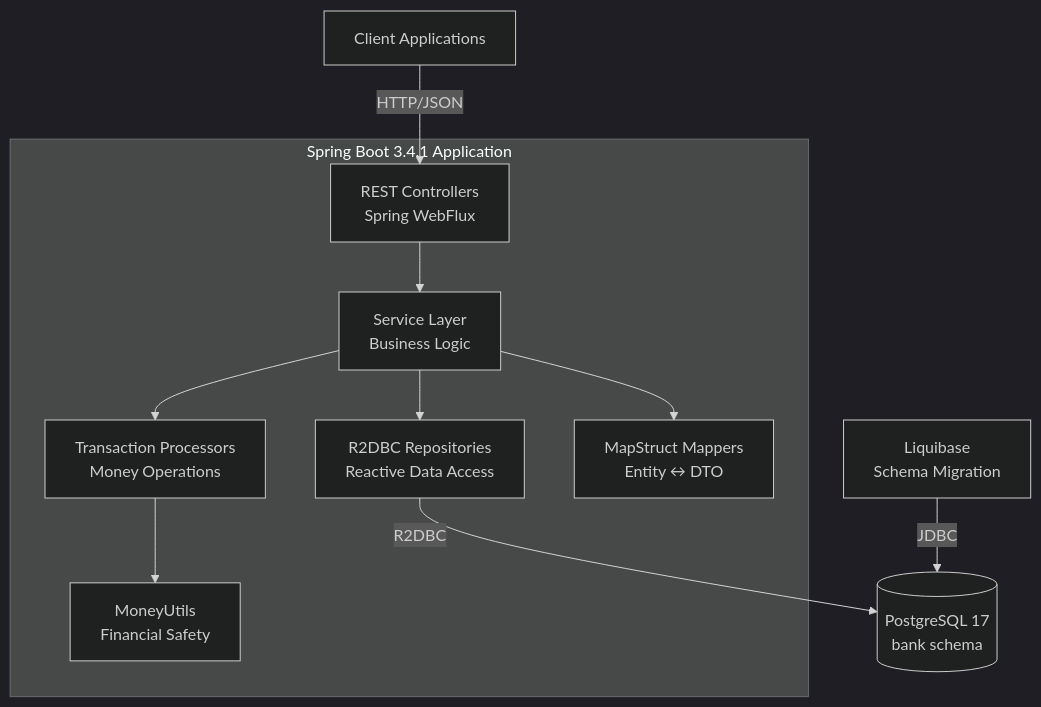
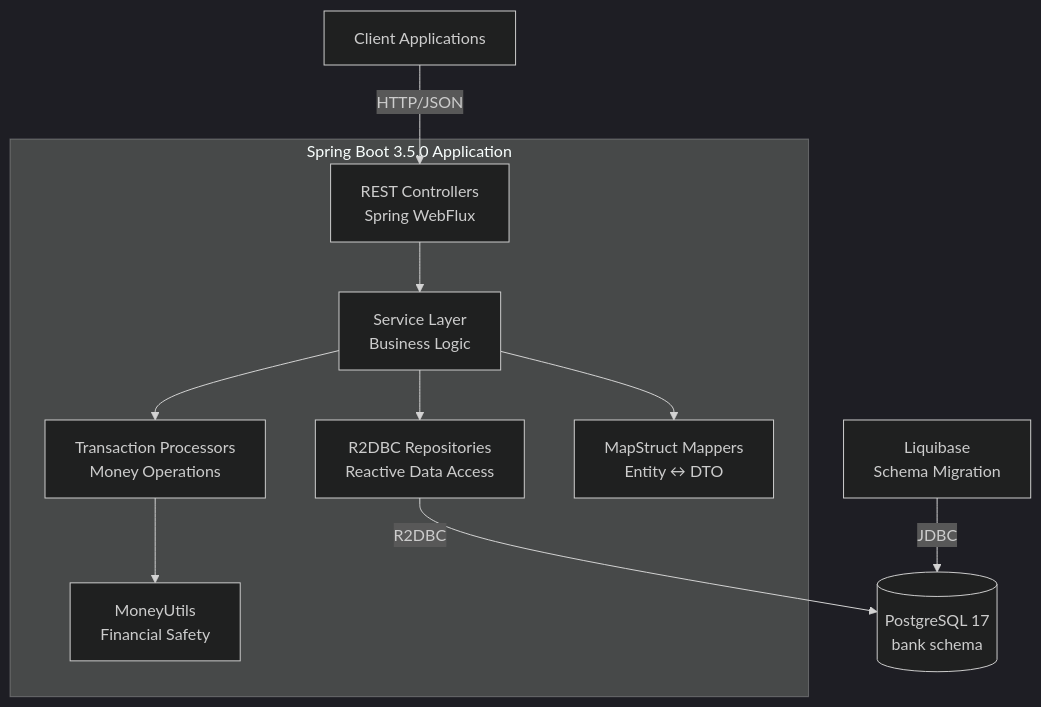
One commit to mamrakm/minibank changed the first of 3 diagrams in README.md. Above: the diagram before and after it, drawn with Mermaid (dark theme). The commit also changed other lines of this file, not shown here.

Commit message:
docs: update README to reflect Spring Boot version change to 3.5.0

````diff
--- a/README.md
+++ b/README.md
@@ -7,25 +7,25 @@
 ```mermaid
 graph TB
     Client[Client Applications]
     
-    subgraph "Spring Boot 3.4.1 Application"
+    subgraph "Spring Boot 3.5.0 Application"
         Controllers[REST Controllers<br/>Spring WebFlux]
         Services[Service Layer<br/>Business Logic]
         Processors[Transaction Processors<br/>Money Operations]
         Repositories[R2DBC Repositories<br/>Reactive Data Access]
         Mappers[MapStruct Mappers<br/>Entity ↔ DTO]
         Utils[MoneyUtils<br/>Financial Safety]
     end
     
     DB[(PostgreSQL 17<br/>bank schema)]
     Liquibase[Liquibase<br/>Schema Migration]
     
     Client -->|HTTP/JSON| Controllers
     Controllers --> Services
     Services --> Processors
     Services --> Repositories
     Services --> Mappers
     Processors --> Utils
     Repositories -->|R2DBC| DB
     Liquibase -->|JDBC| DB
 ```
````
